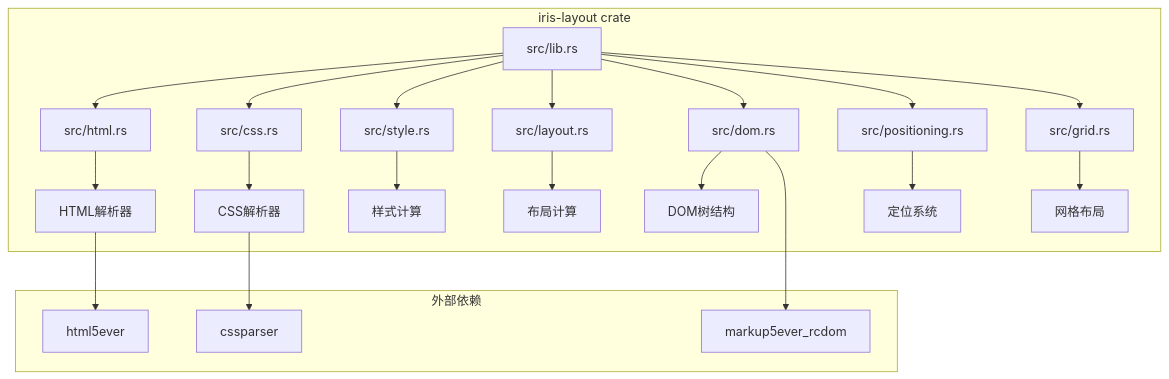
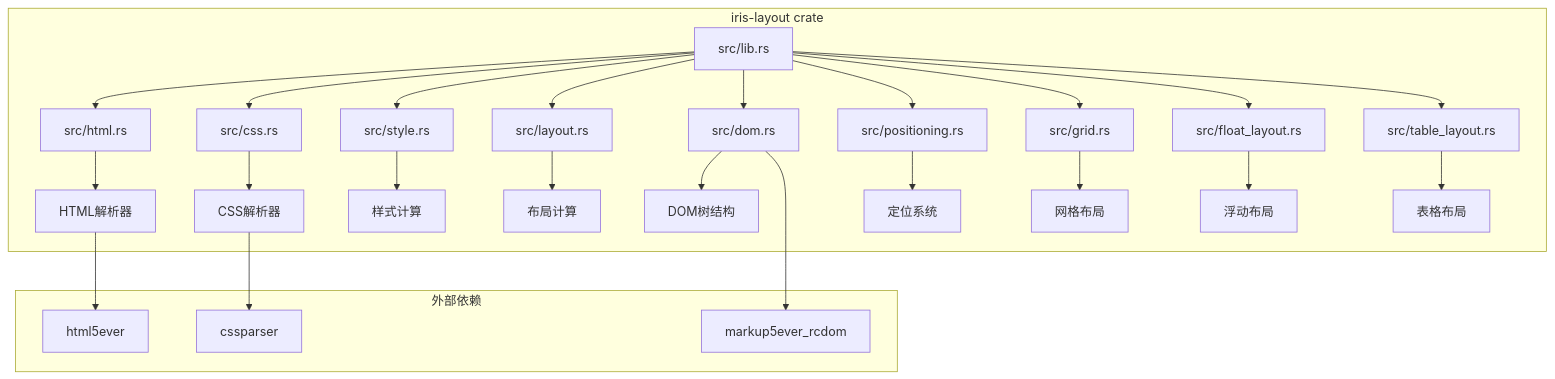
Before and after one commit to itszzl-sudo/iris: the first of 18 diagrams in .qoder/repowiki/zh/content/技术架构详解/布局样式系统/iris-layout布局引擎.md, drawn with Mermaid. The commit also changed other lines of this file and 10 other files, not shown here.

````diff
--- a/.qoder/repowiki/zh/content/技术架构详解/布局样式系统/iris-layout布局引擎.md
+++ b/.qoder/repowiki/zh/content/技术架构详解/布局样式系统/iris-layout布局引擎.md
@@ -54,27 +58,31 @@
 ```mermaid
 graph TB
 subgraph "iris-layout crate"
 A[src/lib.rs] --> B[src/html.rs]
 A --> C[src/css.rs]
 A --> D[src/style.rs]
 A --> E[src/layout.rs]
 A --> F[src/dom.rs]
 A --> G[src/positioning.rs]
 A --> H[src/grid.rs]
-B --> I[HTML解析器]
-C --> J[CSS解析器]
-D --> K[样式计算]
-E --> L[布局计算]
-F --> M[DOM树结构]
-G --> N[定位系统]
-H --> O[网格布局]
+A --> I[src/float_layout.rs]
+A --> J[src/table_layout.rs]
+B --> K[HTML解析器]
+C --> L[CSS解析器]
+D --> M[样式计算]
+E --> N[布局计算]
+F --> O[DOM树结构]
+G --> P[定位系统]
+H --> Q[网格布局]
+I --> R[浮动布局]
+J --> S[表格布局]
 end
 subgraph "外部依赖"
-P[html5ever]
-Q[cssparser]
-R[markup5ever_rcdom]
+T[html5ever]
+U[cssparser]
+V[markup5ever_rcdom]
 end
-I --> P
-J --> Q
-F --> R
+K --> T
+L --> U
+F --> V
 ```
````
